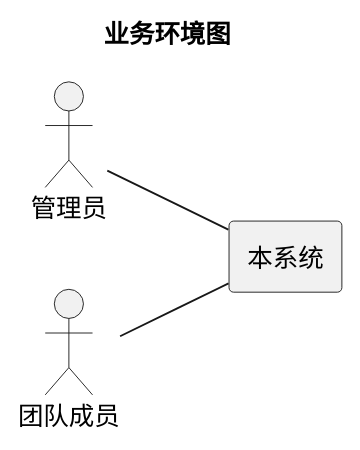
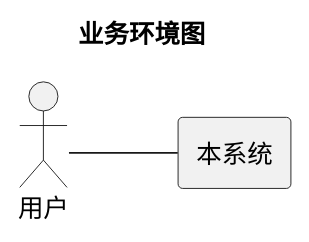
Before and after one commit to LampingSu/ocagents: the first of 6 diagrams in 产品资料/0_需求/ConDili_软件需求规格说明书.md, drawn with PlantUML. The commit also changed other lines of this file and 3 other files, not shown here.

````diff
--- a/产品资料/0_需求/ConDili_软件需求规格说明书.md
+++ b/产品资料/0_需求/ConDili_软件需求规格说明书.md
@@ -15,13 +16,11 @@
 ```plantuml
 @startuml
 title 业务环境图
 left to right direction
-actor 管理员
-actor 团队成员
+actor 用户
 
 rectangle "本系统" {
-  管理员 -- (本系统)
-  团队成员 -- (本系统)
+  用户 -- (本系统)
 }
 @enduml
 ```
````
